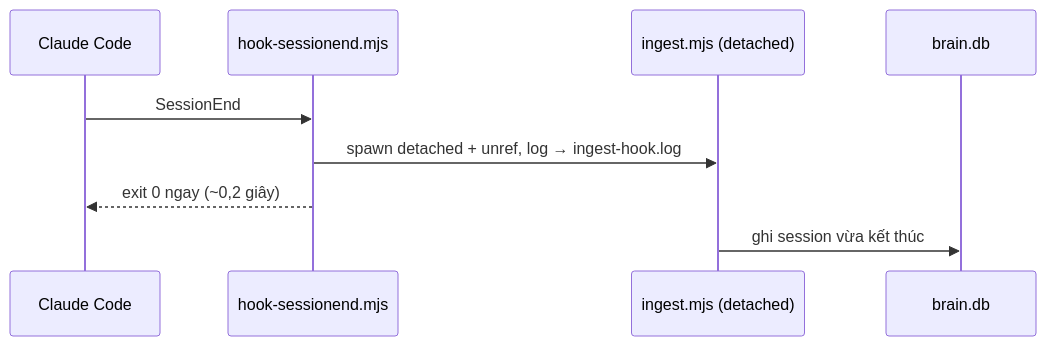
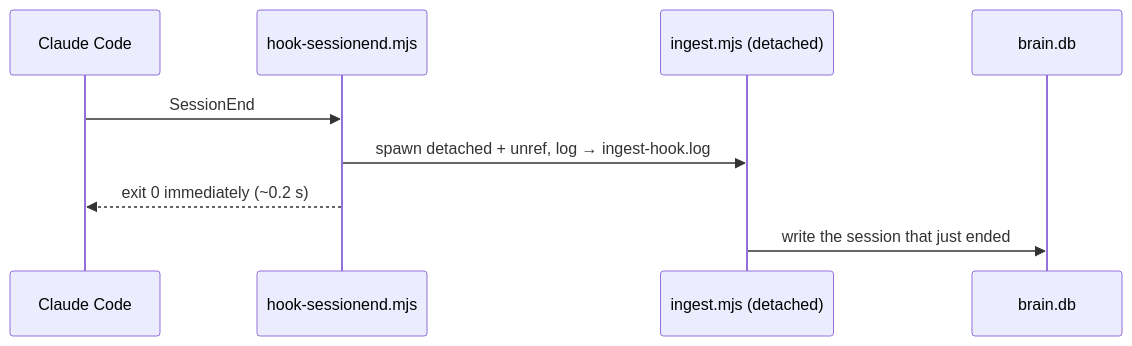
The third of 5 diagrams in docs/PLAN.md (hienct-fpt/personal-brain), drawn with Mermaid before and after one commit. The commit also changed other lines of this file and 11 other files, not shown here.

````diff
--- a/docs/PLAN.md
+++ b/docs/PLAN.md
@@ -73,11 +76,11 @@
 ```mermaid
 sequenceDiagram
   participant CC as Claude Code
   participant H as hook-sessionend.mjs
   participant I as ingest.mjs (detached)
   participant DB as brain.db
   CC->>H: SessionEnd
   H->>I: spawn detached + unref, log → ingest-hook.log
-  H-->>CC: exit 0 ngay (~0,2 giây)
-  I->>DB: ghi session vừa kết thúc
+  H-->>CC: exit 0 immediately (~0.2 s)
+  I->>DB: write the session that just ended
 ```
````
